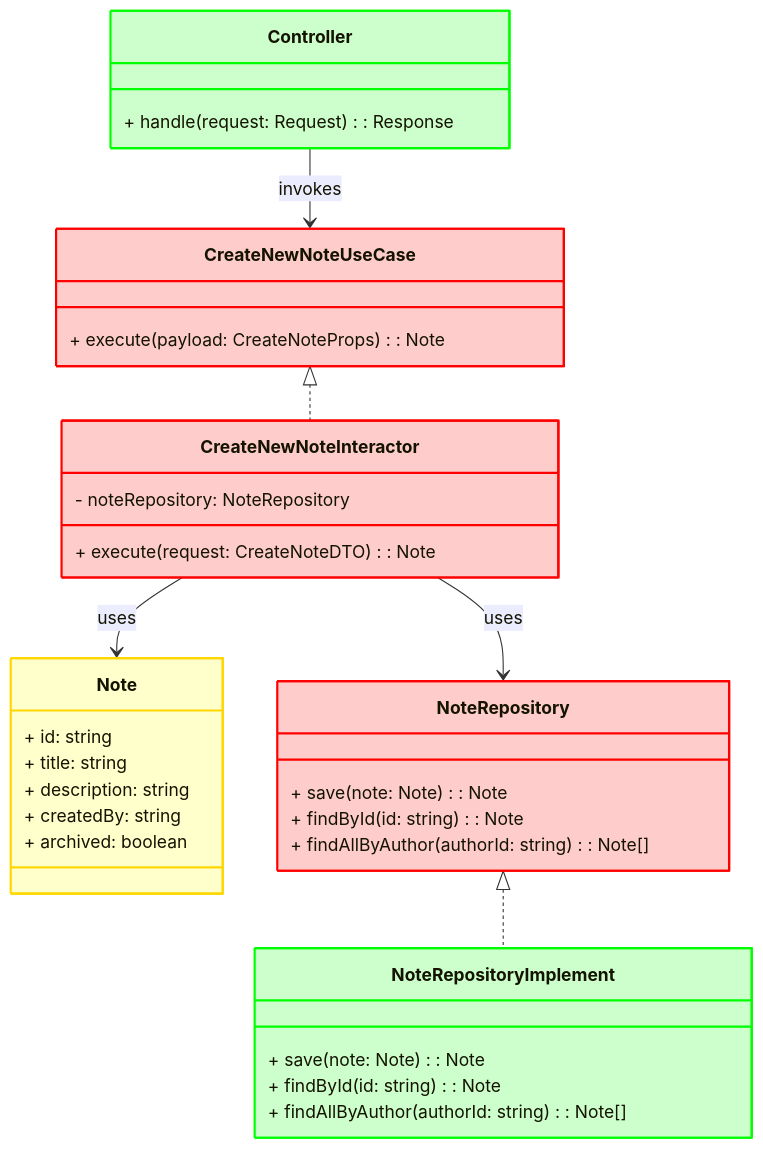
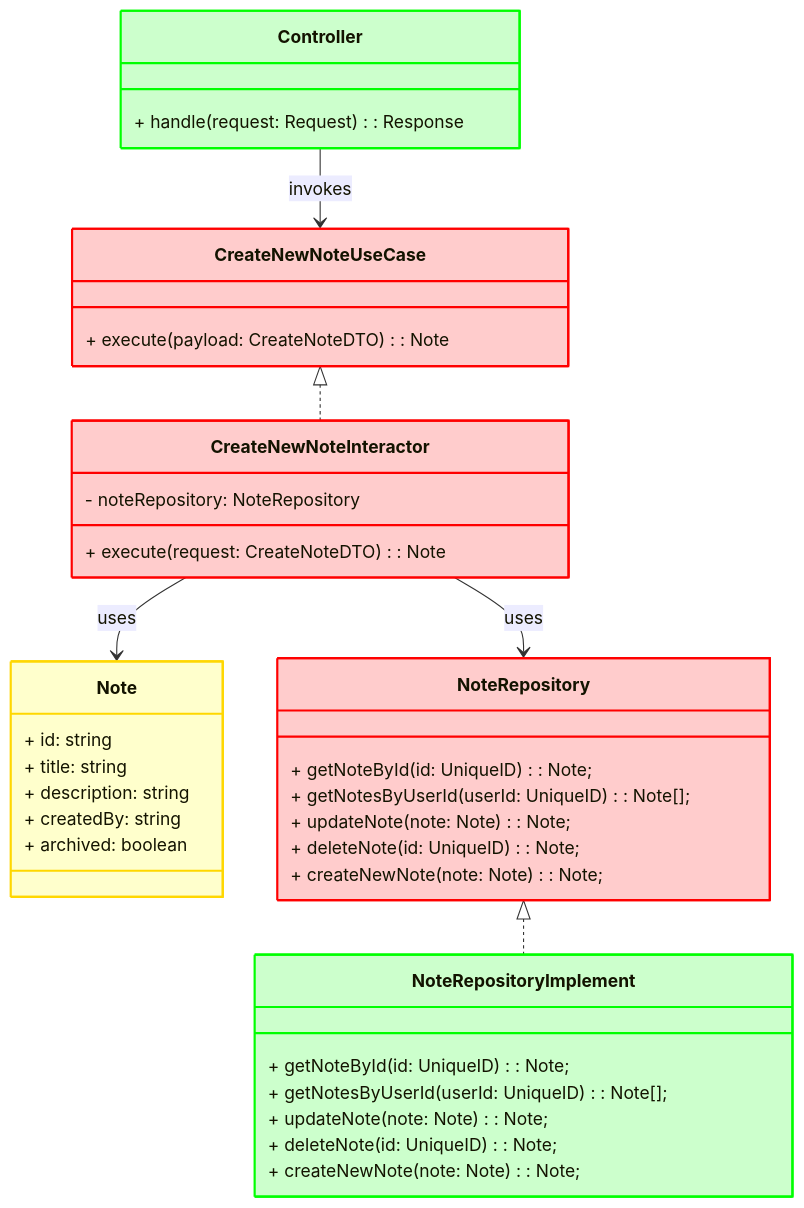
Before and after one commit to vukhanhtruong/note-taker: the diagram in docs/docs/0201-note.md, drawn with Mermaid. The commit also changed 3 other files, not shown here.

````diff
--- a/docs/docs/0201-note.md
+++ b/docs/docs/0201-note.md
@@ -5,51 +5,55 @@
 ```mermaid
 classDiagram
   direction TB
   class Note {
       + id: string
       + title: string
       + description: string
       + createdBy: string
       + archived: boolean
   }
 
   class CreateNewNoteUseCase {
-      + execute(payload: CreateNoteProps): Note
+      + execute(payload: CreateNoteDTO): Note
   }
 
   class CreateNewNoteInteractor {
       - noteRepository: NoteRepository
       + execute(request: CreateNoteDTO): Note
   }
 
   class NoteRepository {
-      + save(note: Note): Note
-      + findById(id: string): Note
-      + findAllByAuthor(authorId: string): Note[]
+      + getNoteById(id: UniqueID): Note;
+      + getNotesByUserId(userId: UniqueID): Note[];
+      + updateNote(note: Note): Note;
+      + deleteNote(id: UniqueID): Note;
+      + createNewNote(note: Note): Note;
   }
 
   class Controller {
       + handle(request: Request): Response
   }
 
   class NoteRepositoryImplement {
-      + save(note: Note): Note
-      + findById(id: string): Note
-      + findAllByAuthor(authorId: string): Note[]
+      + getNoteById(id: UniqueID): Note;
+      + getNotesByUserId(userId: UniqueID): Note[];
+      + updateNote(note: Note): Note;
+      + deleteNote(id: UniqueID): Note;
+      + createNewNote(note: Note): Note;
   }
 
   CreateNewNoteUseCase <|.. CreateNewNoteInteractor
   CreateNewNoteInteractor --> NoteRepository : uses
   CreateNewNoteInteractor --> Note : uses
   Controller --> CreateNewNoteUseCase : invokes
   NoteRepository <|.. NoteRepositoryImplement
 
   %% Add custom class for styling
   style Note fill:#ffffcc,stroke:#ffd700,stroke-width:2px
   style CreateNewNoteUseCase fill:#ffcccc,stroke:#ff0000,stroke-width:2px
   style CreateNewNoteInteractor fill:#ffcccc,stroke:#ff0000,stroke-width:2px
   style NoteRepository fill:#ffcccc,stroke:#ff0000,stroke-width:2px
   style Controller fill:#ccffcc,stroke:#00ff00,stroke-width:2px
   style NoteRepositoryImplement fill:#ccffcc,stroke:#00ff00,stroke-width:2px
 
 ```
````
